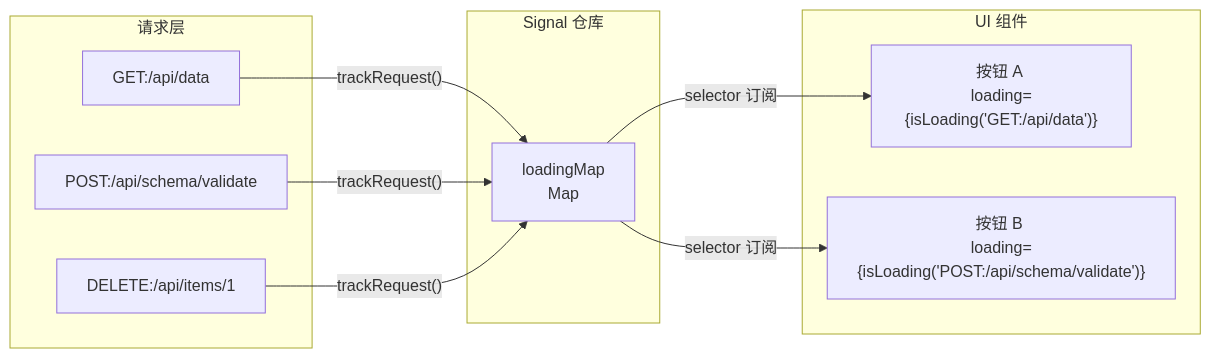
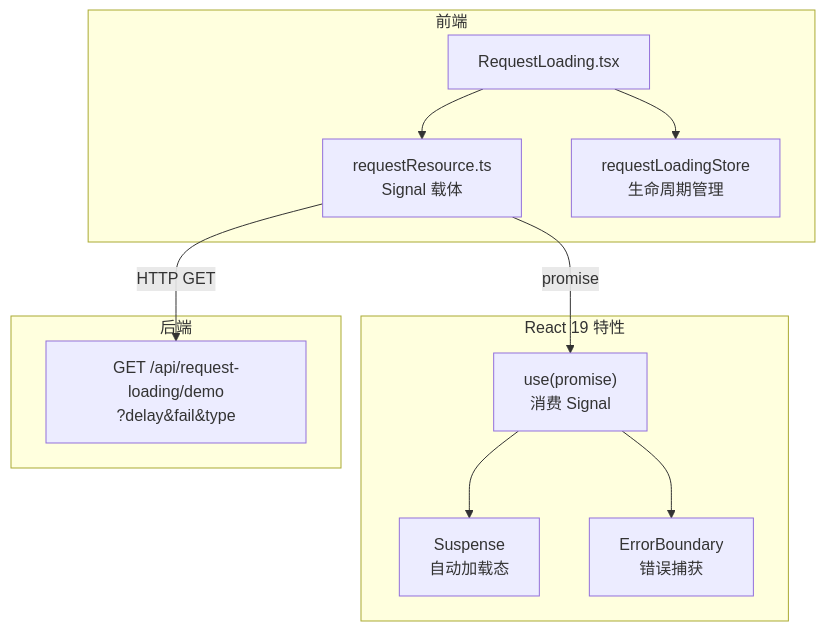
One commit to KMaybe01/interview-demo changed diagram 20 of 46 in docs/面试亮点.md. Above: the diagram before and after it, drawn with Mermaid. The commit also changed other lines of this file and 42 other files, not shown here.

````diff
--- a/docs/面试亮点.md
+++ b/docs/面试亮点.md
@@ -2334,20 +2569,24 @@
 ```mermaid
-graph LR
-    subgraph API["请求层"]
-        REQ1["GET:/api/data"]
-        REQ2["POST:/api/schema/validate"]
-        REQ3["DELETE:/api/items/1"]
+graph TB
+    subgraph Frontend["前端"]
+        PAGE["RequestLoading.tsx"]
+        RESOURCE["requestResource.ts<br/>Signal 载体"]
+        STORE["requestLoadingStore<br/>生命周期管理"]
     end
 
-    subgraph SIGNAL["Signal 仓库"]
-        MAP["loadingMap<br/>Map<method:path, boolean>"]
+    subgraph React19["React 19 特性"]
+        USE["use(promise)<br/>消费 Signal"]
+        SUSPENSE["Suspense<br/>自动加载态"]
+        EB["ErrorBoundary<br/>错误捕获"]
     end
 
-    subgraph UI["UI 组件"]
-        BTN1["按钮 A <br/>loading={isLoading('GET:/api/data')}"]
-        BTN2["按钮 B <br/>loading={isLoading('POST:/api/schema/validate')}"]
+    subgraph Backend["后端"]
+        API["GET /api/request-loading/demo<br/>?delay&fail&type"]
     end
 
-    REQ1 & REQ2 & REQ3 -->|"trackRequest()"| MAP
-    MAP -->|"selector 订阅"| BTN1 & BTN2
+    PAGE --> RESOURCE -->|"promise"| USE
+    PAGE --> STORE
+    USE --> SUSPENSE
+    USE --> EB
+    RESOURCE -->|"HTTP GET"| API
 ```
````
